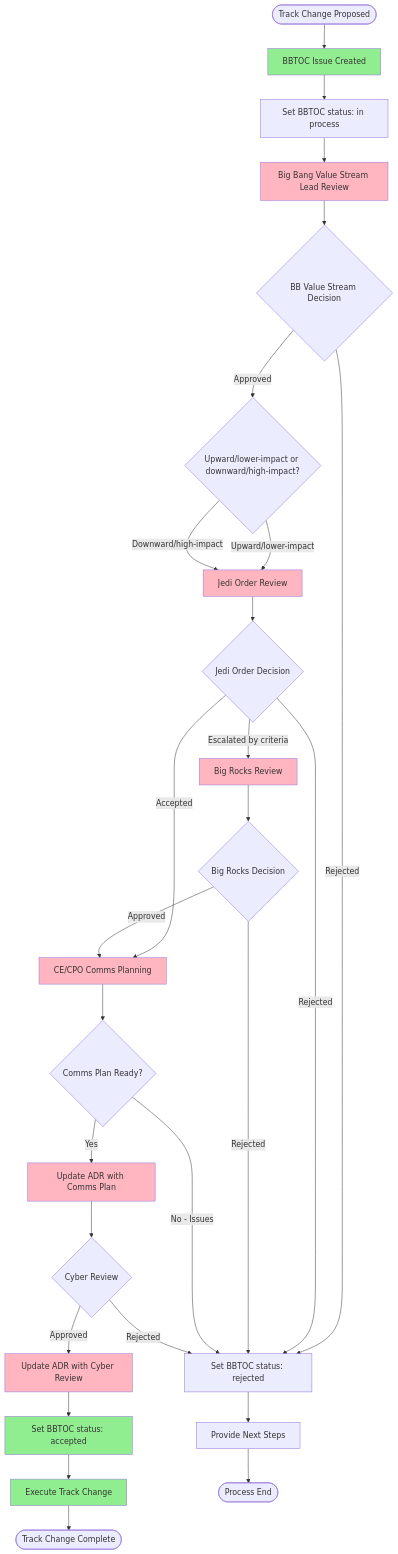
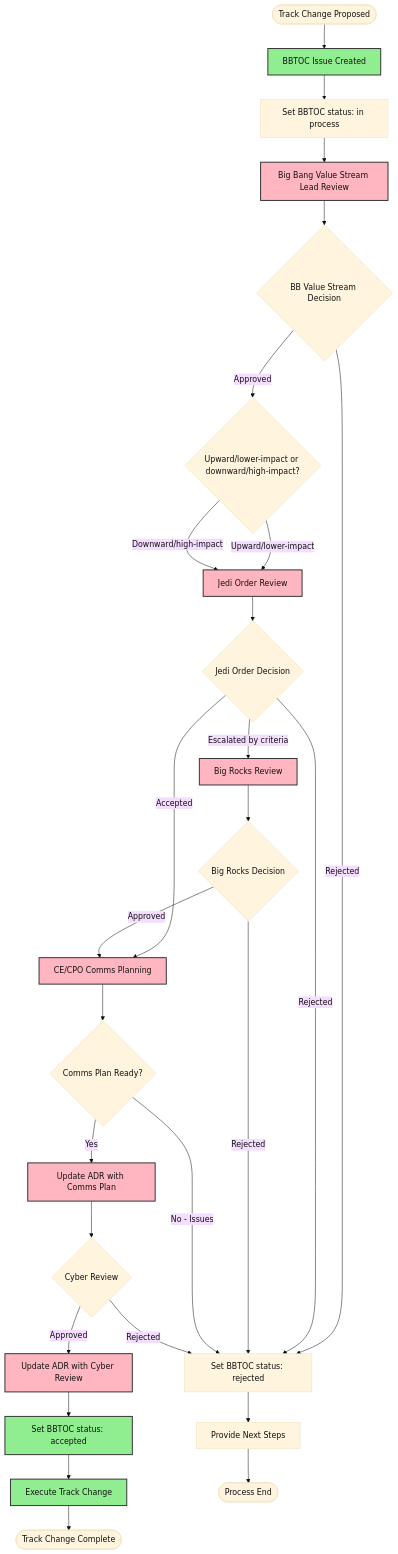
Before and after one commit to DoD-Platform-One/bbtoc: the diagram in process/Package Maintenance Tracks.md, drawn with Mermaid.

Commit message:
docs: WIP updating diagram

````diff
--- a/process/Package Maintenance Tracks.md
+++ b/process/Package Maintenance Tracks.md
@@ -35,52 +35,53 @@
 ```mermaid
+%%{init: {'theme': 'base', 'themeVariables': { 'primaryTextColor': '#111111', 'secondaryTextColor': '#111111', 'tertiaryTextColor': '#111111' }}}%%
 flowchart TD
     Start([Track Change Proposed]) --> BBTOC[BBTOC Issue Created]
     BBTOC --> InProcess[Set BBTOC status: in process]
 
     InProcess --> BBValueStream[Big Bang Value Stream Lead Review]
     BBValueStream --> BBDecision{BB Value Stream Decision}
 
     BBDecision -->|Rejected| UpdateRejected[Set BBTOC status: rejected]
     BBDecision -->|Approved| Route{Upward/lower-impact or downward/high-impact?}
 
     Route -->|Upward/lower-impact| Jedi[Jedi Order Review]
     Route -->|Downward/high-impact| Jedi
 
     Jedi --> JediDecision{Jedi Order Decision}
     JediDecision -->|Rejected| UpdateRejected
     JediDecision -->|Accepted| CommsPlanning[CE/CPO Comms Planning]
     JediDecision -->|Escalated by criteria| BigRocks[Big Rocks Review]
 
     BigRocks --> BigRocksDecision{Big Rocks Decision}
     BigRocksDecision -->|Rejected| UpdateRejected
     BigRocksDecision -->|Approved| CommsPlanning
 
     CommsPlanning --> CommsPlanReady{Comms Plan Ready?}
 
     CommsPlanReady -->|No - Issues| UpdateRejected
     CommsPlanReady -->|Yes| UpdateADR[Update ADR with Comms Plan]
 
     UpdateADR --> CyberReview{Cyber Review}
     CyberReview -->|Rejected| UpdateRejected
     CyberReview -->|Approved| UpdateADRCyber[Update ADR with Cyber Review]
 
     UpdateADRCyber --> UpdateBBTOC[Set BBTOC status: accepted]
     UpdateBBTOC --> Execute[Execute Track Change]
 
     UpdateRejected --> NextSteps[Provide Next Steps]
     Execute --> Complete([Track Change Complete])
     NextSteps --> End([Process End])
 
-    style BBTOC fill:#90EE90
-    style BBValueStream fill:#FFB6C1
-    style Jedi fill:#FFB6C1
-    style BigRocks fill:#FFB6C1
-    style CommsPlanning fill:#FFB6C1
-    style UpdateADR fill:#FFB6C1
-    style UpdateADRCyber fill:#FFB6C1
-    style UpdateBBTOC fill:#90EE90
-    style Execute fill:#90EE90
+    style BBTOC fill:#90EE90,stroke:#333,stroke-width:2px
+    style BBValueStream fill:#FFB6C1,stroke:#333,stroke-width:2px
+    style Jedi fill:#FFB6C1,stroke:#333,stroke-width:2px
+    style BigRocks fill:#FFB6C1,stroke:#333,stroke-width:2px
+    style CommsPlanning fill:#FFB6C1,stroke:#333,stroke-width:2px
+    style UpdateADR fill:#FFB6C1,stroke:#333,stroke-width:2px
+    style UpdateADRCyber fill:#FFB6C1,stroke:#333,stroke-width:2px
+    style UpdateBBTOC fill:#90EE90,stroke:#333,stroke-width:2px
+    style Execute fill:#90EE90,stroke:#333,stroke-width:2px
 
     classDef externalStep fill:#90EE90,stroke:#333,stroke-width:2px
     classDef internalStep fill:#FFB6C1,stroke:#333,stroke-width:2px
 ```
````
